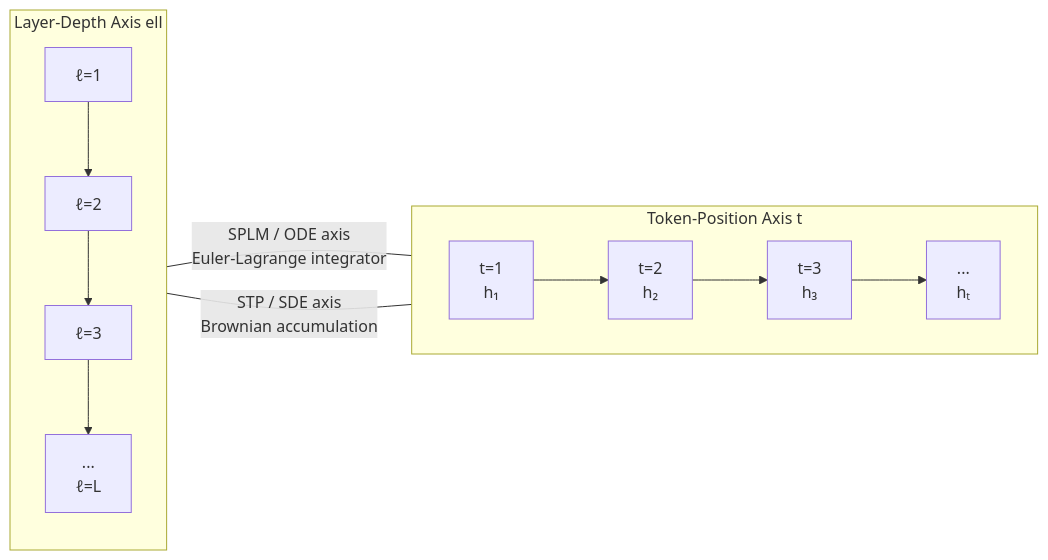
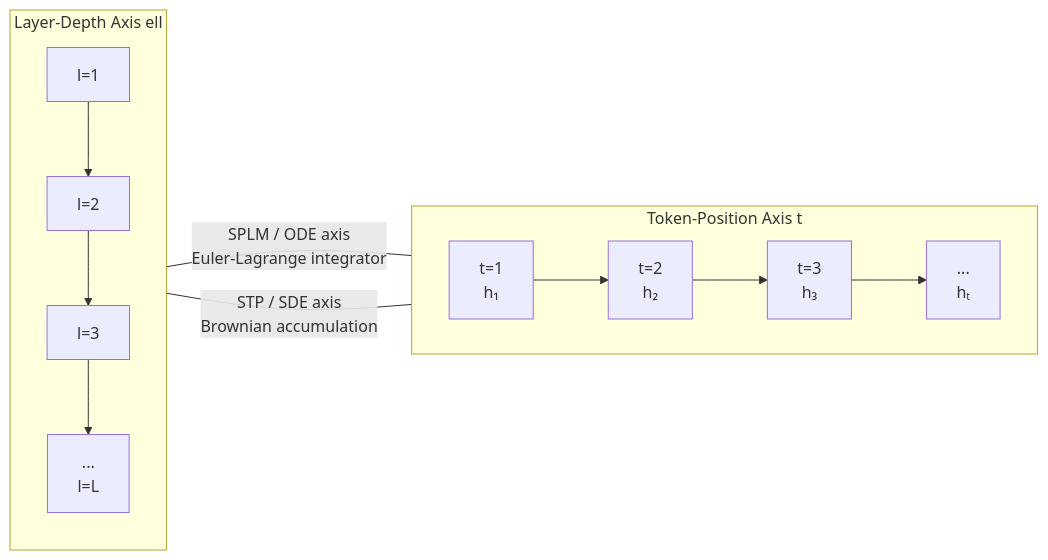
The second of 4 diagrams in docs/noise_and_brownian_motion/The_Impact_of_Brownian_Motion_on_Perplexity_in_Attention-Based_Transformers_and_SPLM.md (dimitarpg13/semantic_simulation), drawn with Mermaid before and after one commit. The commit also changed other lines of this file and 28 other files, not shown here.

````diff
--- a/docs/noise_and_brownian_motion/The_Impact_of_Brownian_Motion_on_Perplexity_in_Attention-Based_Transformers_and_SPLM.md
+++ b/docs/noise_and_brownian_motion/The_Impact_of_Brownian_Motion_on_Perplexity_in_Attention-Based_Transformers_and_SPLM.md
@@ -289,13 +289,13 @@
 ```mermaid
 flowchart LR
     subgraph Token_Position [Token-Position Axis t]
         direction LR
         T1["t=1\nh₁"] --> T2["t=2\nh₂"] --> T3["t=3\nh₃"] --> T4["...\nhₜ"]
     end
     subgraph Layer_Depth [Layer-Depth Axis ell]
         direction TB
-        L1["ℓ=1"] --> L2["ℓ=2"] --> L3["ℓ=3"] --> L4["...\nℓ=L"]
+        L1["l=1"] --> L2["l=2"] --> L3["l=3"] --> L4["...\nl=L"]
     end
     Token_Position -- "STP / SDE axis\nBrownian accumulation" --- Layer_Depth
     Layer_Depth -- "SPLM / ODE axis\nEuler-Lagrange integrator" --- Token_Position
 ```
````
